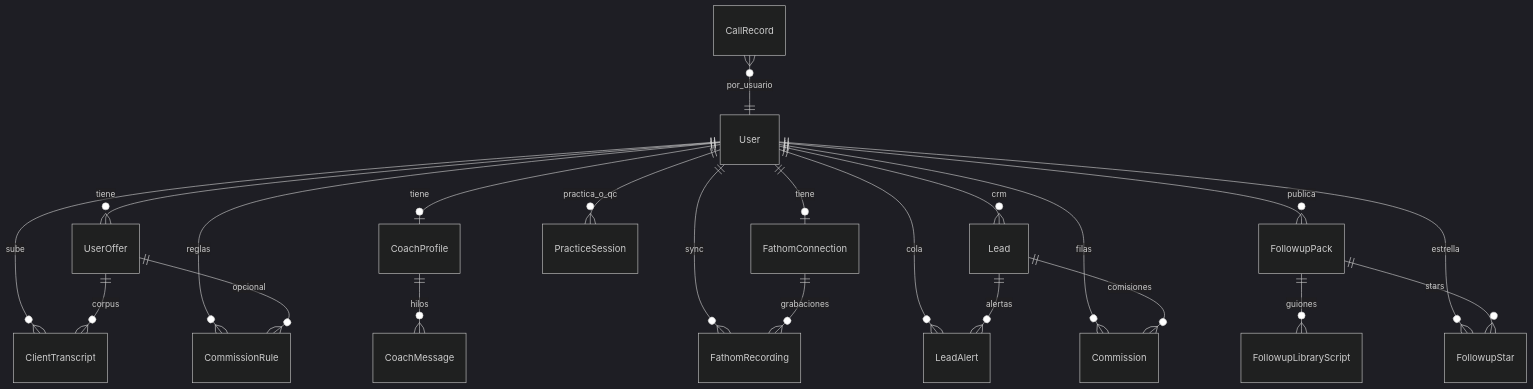
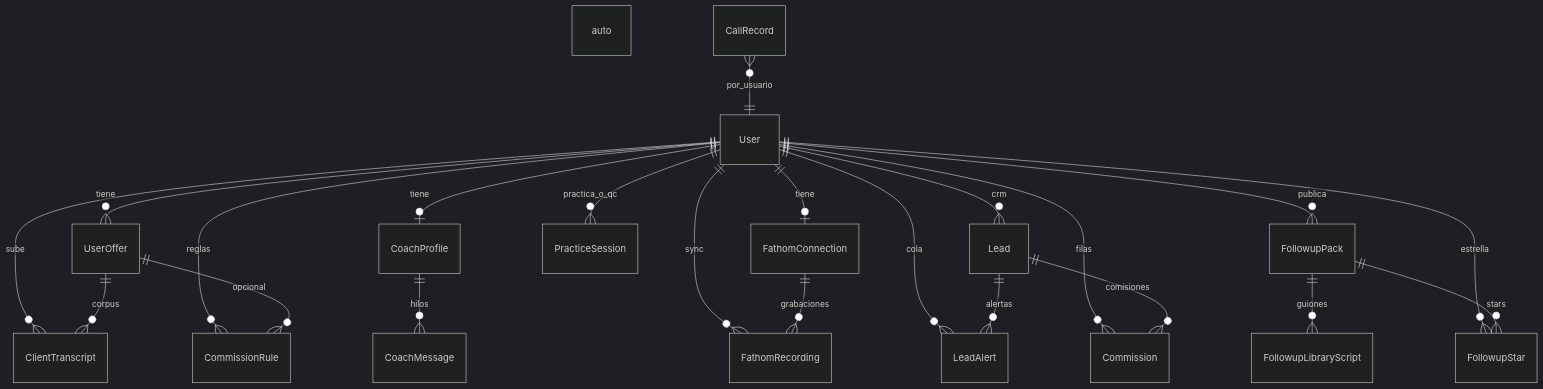
One commit to AAK-V93/AK-RP-closer changed the first of 2 diagrams in docs/producto.md. Above: the diagram before and after it, drawn with Mermaid (dark theme). The commit also changed other lines of this file and 10 other files, not shown here.

````diff
--- a/docs/producto.md
+++ b/docs/producto.md
@@ -182,24 +186,24 @@
 ```mermaid
 erDiagram
   User ||--o{ UserOffer : tiene
   User ||--o| CoachProfile : tiene
   User ||--o| FathomConnection : tiene
-  User ||--o{ FathomRecording : sync
+  User ||--o{ FathomRecording : sync auto
   User ||--o{ ClientTranscript : sube
   User ||--o{ Lead : crm
   User ||--o{ LeadAlert : cola
   User ||--o{ CommissionRule : reglas
   User ||--o{ Commission : filas
   User ||--o{ PracticeSession : practica_o_qc
   User ||--o{ FollowupPack : publica
   User ||--o{ FollowupStar : estrella
   UserOffer ||--o{ ClientTranscript : corpus
   UserOffer ||--o{ CommissionRule : opcional
   CoachProfile ||--o{ CoachMessage : hilos
   FathomConnection ||--o{ FathomRecording : grabaciones
   Lead ||--o{ LeadAlert : alertas
   Lead ||--o{ Commission : comisiones
   FollowupPack ||--o{ FollowupLibraryScript : guiones
   FollowupPack ||--o{ FollowupStar : stars
   CallRecord }o--|| User : por_usuario
 ```
````
